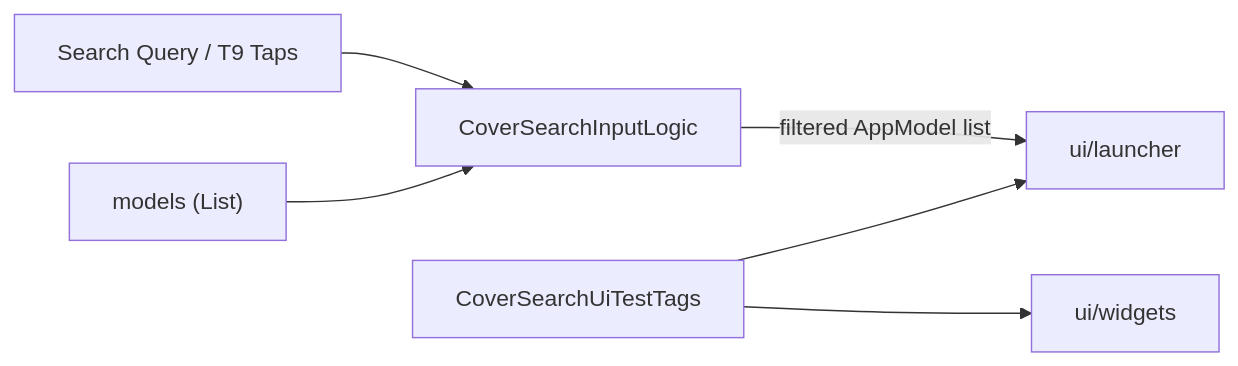
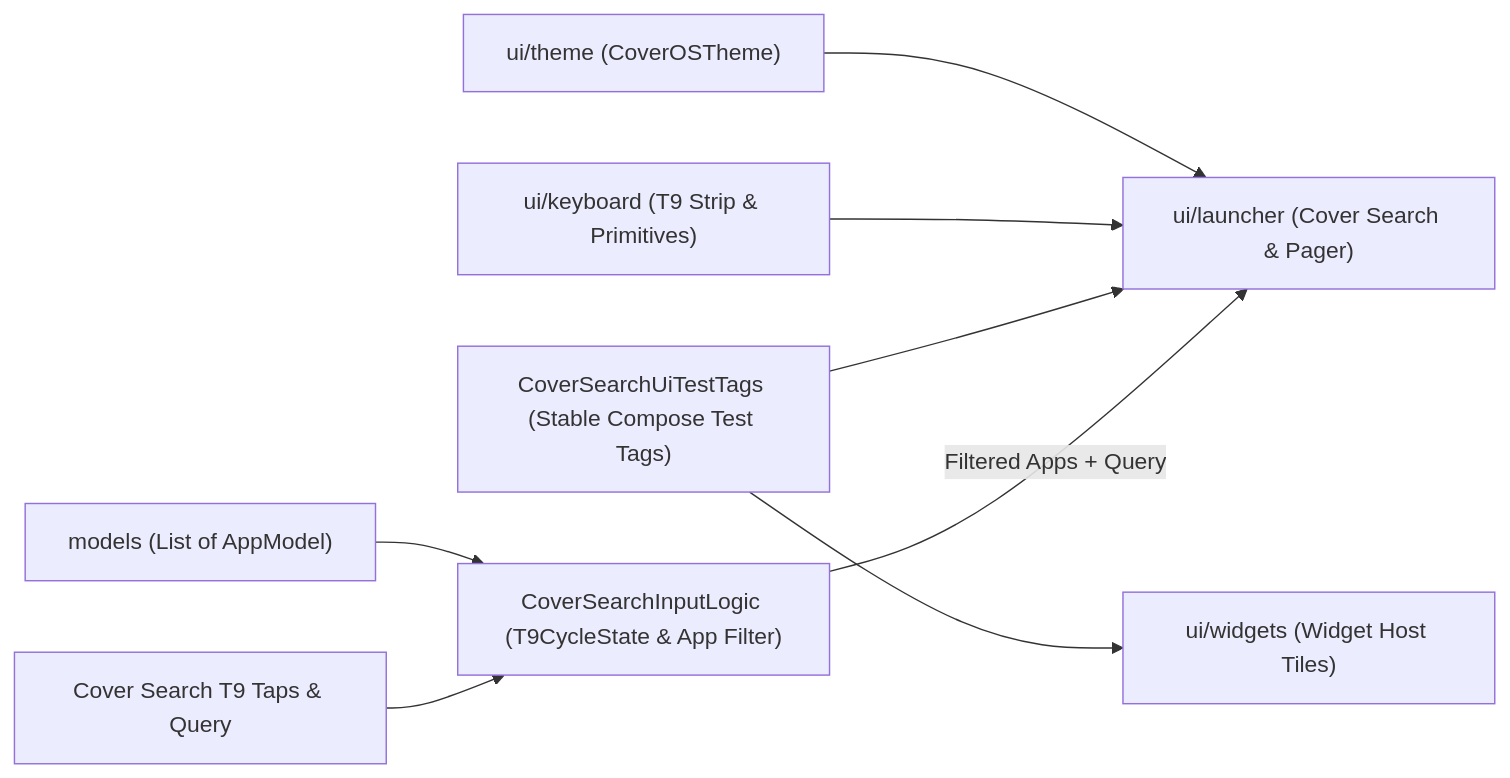
Before and after one commit to tyejaedon/Cover-Screen-OS: the diagram in app/src/main/java/com/tyejaedon/coverscreenos/ui/README.md, drawn with Mermaid. The commit also changed other lines of this file and 157 other files, not shown here.

````diff
--- a/app/src/main/java/com/tyejaedon/coverscreenos/ui/README.md
+++ b/app/src/main/java/com/tyejaedon/coverscreenos/ui/README.md
@@ -24,8 +115,10 @@
 ```mermaid
 flowchart LR
-    SearchQuery["Search Query / T9 Taps"] --> Logic["CoverSearchInputLogic"]
-    Apps["models (List<AppModel>)"] --> Logic
-    Logic -->|"filtered AppModel list"| Launcher["ui/launcher"]
-    Tags["CoverSearchUiTestTags"] --> Launcher
-    Tags --> Widgets["ui/widgets"]
+    Taps["Cover Search T9 Taps & Query"] --> Logic["CoverSearchInputLogic (T9CycleState & App Filter)"]
+    Models["models (List of AppModel)"] --> Logic
+    Logic -->|"Filtered Apps + Query"| Launcher["ui/launcher (Cover Search & Pager)"]
+    Tags["CoverSearchUiTestTags (Stable Compose Test Tags)"] --> Launcher
+    Tags --> Widgets["ui/widgets (Widget Host Tiles)"]
+    Keyboard["ui/keyboard (T9 Strip & Primitives)"] --> Launcher
+    Theme["ui/theme (CoverOSTheme)"] --> Launcher
 ```
````
